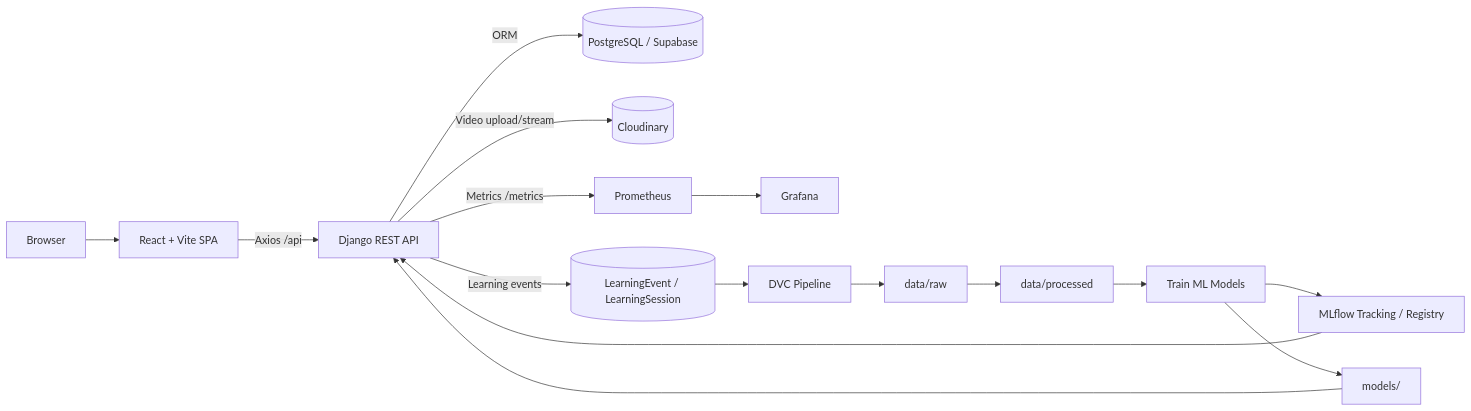
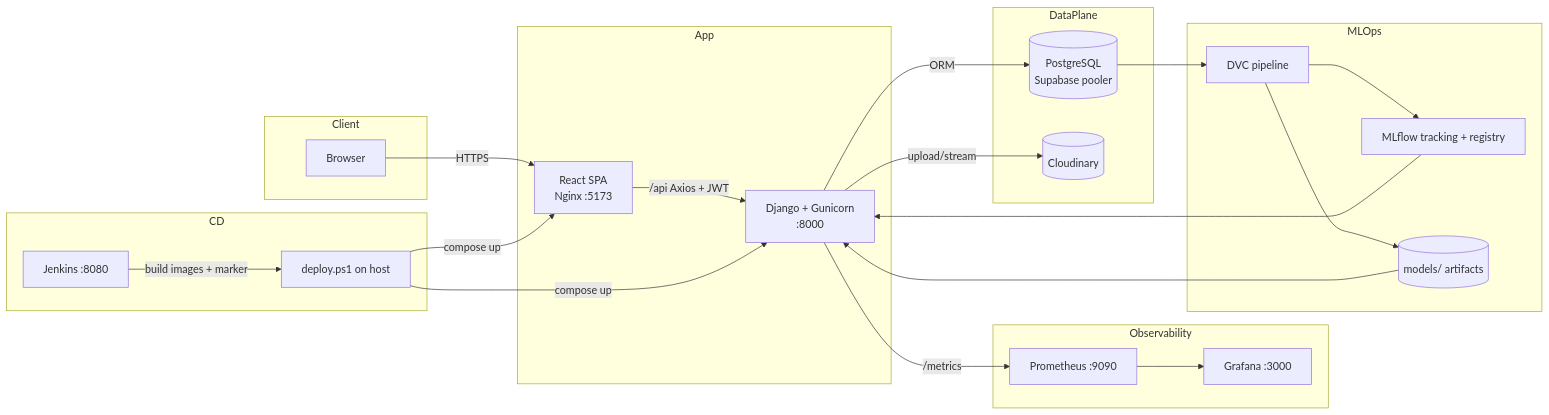
Before and after one commit to coderiukl/rt-video-learning-analytics: the first of 19 diagrams in README.md, drawn with Mermaid. The commit also changed other lines of this file, not shown here.

````diff
--- a/README.md
+++ b/README.md
@@ -223,19 +258,42 @@
 ```mermaid
 flowchart LR
-    User[Browser] --> FE[React + Vite SPA]
-    FE -->|Axios /api| BE[Django REST API]
-    BE -->|ORM| DB[(PostgreSQL / Supabase)]
-    BE -->|Video upload/stream| CLD[(Cloudinary)]
-    BE -->|Learning events| EVT[(LearningEvent / LearningSession)]
-    BE -->|Metrics /metrics| PROM[Prometheus]
-    PROM --> GRAF[Grafana]
+    subgraph Client
+        U[Browser]
+    end
+    subgraph App
+        FE["React SPA<br/>Nginx :5173"]
+        BE["Django + Gunicorn<br/>:8000"]
+    end
+    subgraph DataPlane
+        DB[("PostgreSQL<br/>Supabase pooler")]
+        CLD[("Cloudinary")]
+    end
+    subgraph Observability
+        PROM[Prometheus :9090]
+        GRAF[Grafana :3000]
+    end
+    subgraph MLOps
+        DVC[DVC pipeline]
+        MLF[MLflow tracking + registry]
+        MOD[(models/ artifacts)]
+    end
+    subgraph CD
+        JK[Jenkins :8080]
+        DEP[deploy.ps1 on host]
+    end
 
-    EVT --> DVC[DVC Pipeline]
-    DVC --> RAW[data/raw]
-    RAW --> FEAT[data/processed]
-    FEAT --> TRAIN[Train ML Models]
-    TRAIN --> MLFLOW[MLflow Tracking / Registry]
-    TRAIN --> MODEL[models/]
-    MODEL --> BE
-    MLFLOW --> BE
+    U -->|HTTPS| FE
+    FE -->|/api Axios + JWT| BE
+    BE -->|ORM| DB
+    BE -->|upload/stream| CLD
+    BE -->|/metrics| PROM
+    PROM --> GRAF
+    DB --> DVC
+    DVC --> MOD
+    DVC --> MLF
+    MOD --> BE
+    MLF --> BE
+    JK -->|build images + marker| DEP
+    DEP -->|compose up| BE
+    DEP -->|compose up| FE
 ```
````
